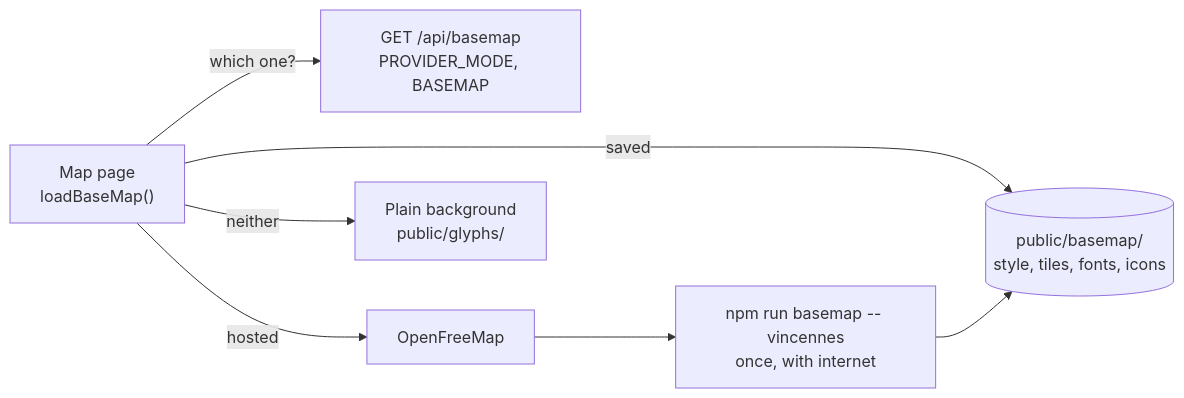
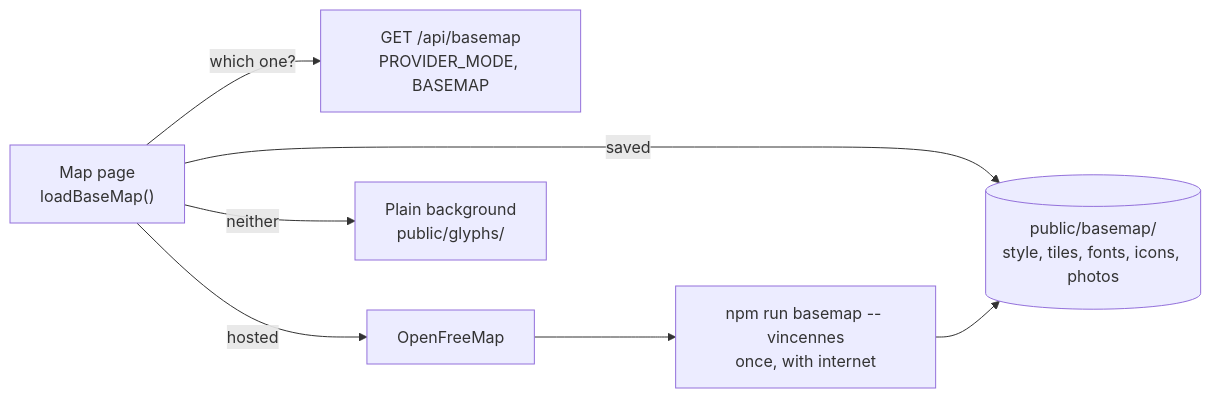
The fourth of 5 diagrams in docs/architecture.md (adam2765/edth-hackathon), drawn with Mermaid before and after one commit. The commit also changed other lines of this file and 30 other files, not shown here.

Commit message:
Command post: provenance panel and timeline; lock, phone feedback, Find, last known, phone localisation [260-271]

````diff
--- a/docs/architecture.md
+++ b/docs/architecture.md
@@ -187,9 +191,9 @@
 ```mermaid
 flowchart LR
     PAGE["Map page<br/>loadBaseMap()"] -- "which one?" --> PREF["GET /api/basemap<br/>PROVIDER_MODE, BASEMAP"]
-    PAGE -- "saved" --> FILES[("public/basemap/<br/>style, tiles, fonts, icons")]
+    PAGE -- "saved" --> FILES[("public/basemap/<br/>style, tiles, fonts, icons, photos")]
     PAGE -- "hosted" --> OFM["OpenFreeMap"]
     PAGE -- "neither" --> PLAIN["Plain background<br/>public/glyphs/"]
     SCRIPT["npm run basemap -- vincennes<br/>once, with internet"] --> FILES
     OFM --> SCRIPT
 ```
````
